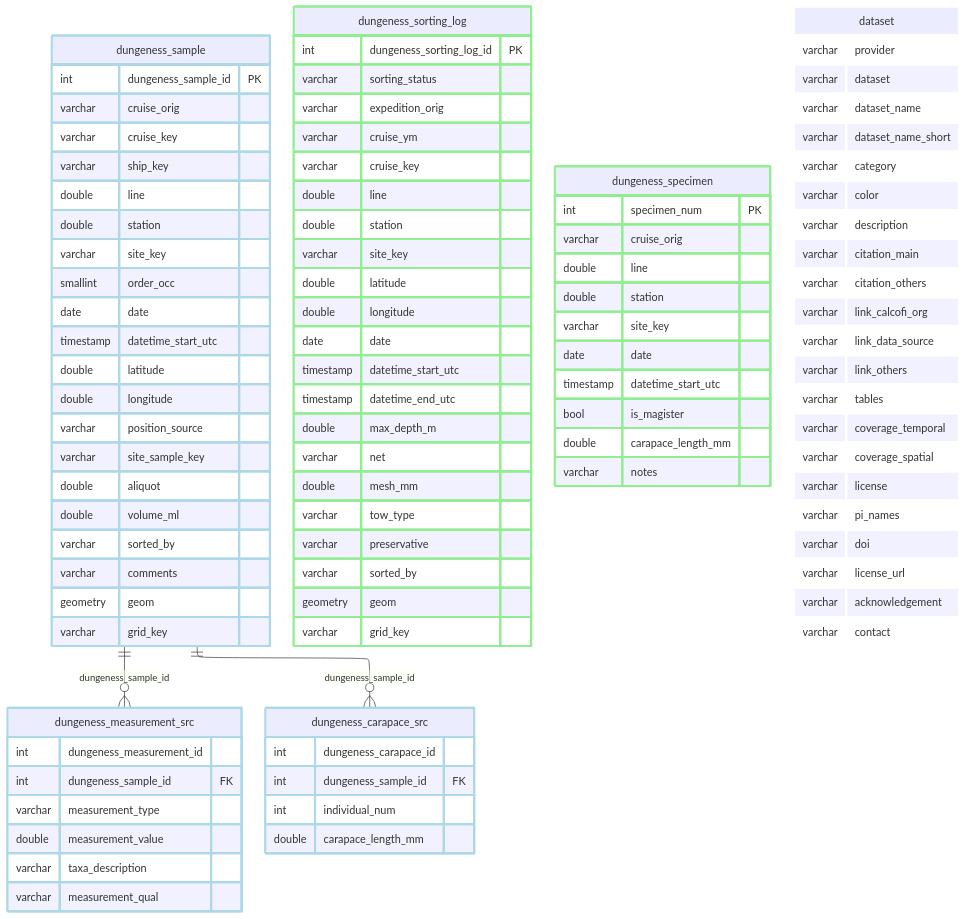
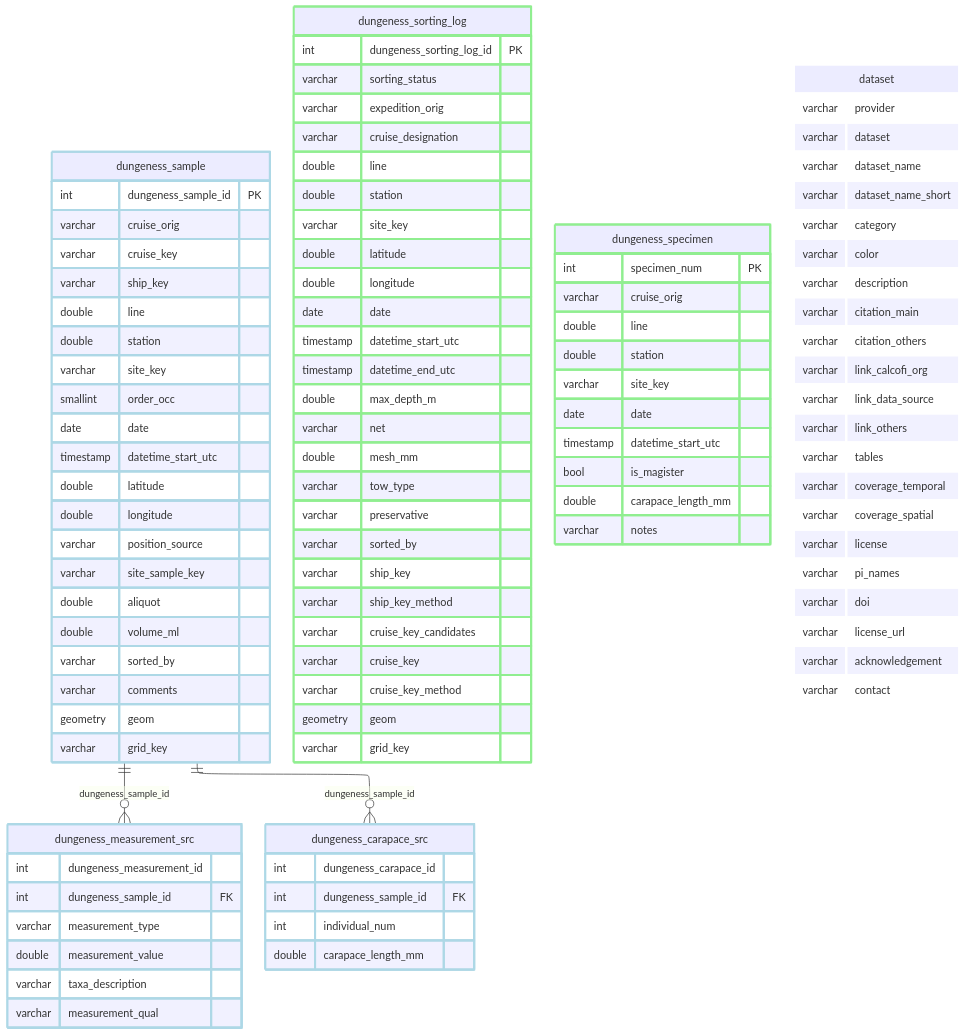
The diagram in _output/ingest_cdfw_dungeness-crab_files/figure-html/schema-1.mmd (CalCOFI/workflows), drawn with Mermaid before and after one commit. The commit also changed 140 other files, not shown here.

```diff
--- a/_output/ingest_cdfw_dungeness-crab_files/figure-html/schema-1.mmd
+++ b/_output/ingest_cdfw_dungeness-crab_files/figure-html/schema-1.mmd
@@ -1,107 +1,111 @@
 ---
 config:
   layout: elk
 ---
 erDiagram
     dungeness_sample {
         int dungeness_sample_id PK
         varchar cruise_orig
         varchar cruise_key
         varchar ship_key
         double line
         double station
         varchar site_key
         smallint order_occ
         date date
         timestamp datetime_start_utc
         double latitude
         double longitude
         varchar position_source
         varchar site_sample_key
         double aliquot
         double volume_ml
         varchar sorted_by
         varchar comments
         geometry geom
         varchar grid_key
     }
     dungeness_measurement_src {
         int dungeness_measurement_id
         int dungeness_sample_id FK
         varchar measurement_type
         double measurement_value
         varchar taxa_description
         varchar measurement_qual
     }
     dungeness_carapace_src {
         int dungeness_carapace_id
         int dungeness_sample_id FK
         int individual_num
         double carapace_length_mm
     }
     dungeness_sorting_log {
         int dungeness_sorting_log_id PK
         varchar sorting_status
         varchar expedition_orig
-        varchar cruise_ym
-        varchar cruise_key
+        varchar cruise_designation
         double line
         double station
         varchar site_key
         double latitude
         double longitude
         date date
         timestamp datetime_start_utc
         timestamp datetime_end_utc
         double max_depth_m
         varchar net
         double mesh_mm
         varchar tow_type
         varchar preservative
         varchar sorted_by
+        varchar ship_key
+        varchar ship_key_method
+        varchar cruise_key_candidates
+        varchar cruise_key
+        varchar cruise_key_method
         geometry geom
         varchar grid_key
     }
     dungeness_specimen {
         int specimen_num PK
         varchar cruise_orig
         double line
         double station
         varchar site_key
         date date
         timestamp datetime_start_utc
         bool is_magister
         double carapace_length_mm
         varchar notes
     }
     dataset {
         varchar provider
         varchar dataset
         varchar dataset_name
         varchar dataset_name_short
         varchar category
         varchar color
         varchar description
         varchar citation_main
         varchar citation_others
         varchar link_calcofi_org
         varchar link_data_source
         varchar link_others
         varchar tables
         varchar coverage_temporal
         varchar coverage_spatial
         varchar license
         varchar pi_names
         varchar doi
         varchar license_url
         varchar acknowledgement
         varchar contact
     }
     dungeness_sample ||--o{ dungeness_measurement_src : "dungeness_sample_id"
     dungeness_sample ||--o{ dungeness_carapace_src : "dungeness_sample_id"
     classDef lightblue stroke:#ADD8E6,stroke-width:3px
     class dungeness_sample,dungeness_measurement_src,dungeness_carapace_src lightblue
     classDef lightgreen stroke:#90EE90,stroke-width:3px
     class dungeness_sorting_log,dungeness_specimen lightgreen
     classDef white stroke:#FFFFFF,stroke-width:3px
     class dataset white
```
